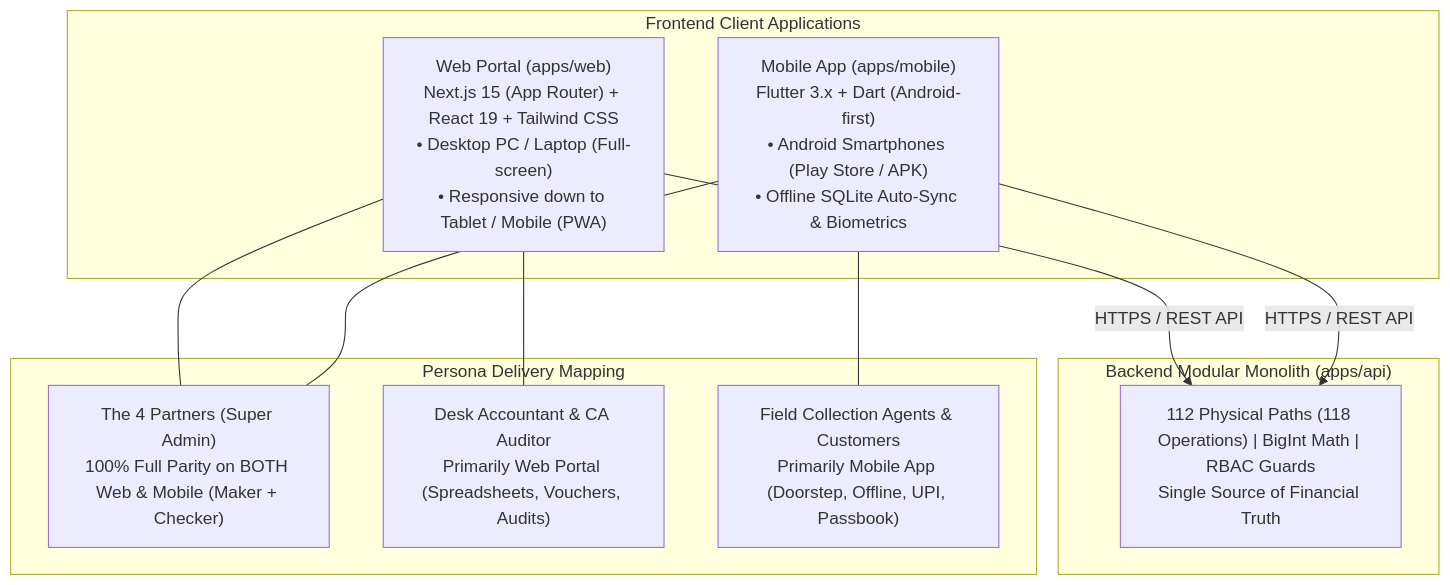
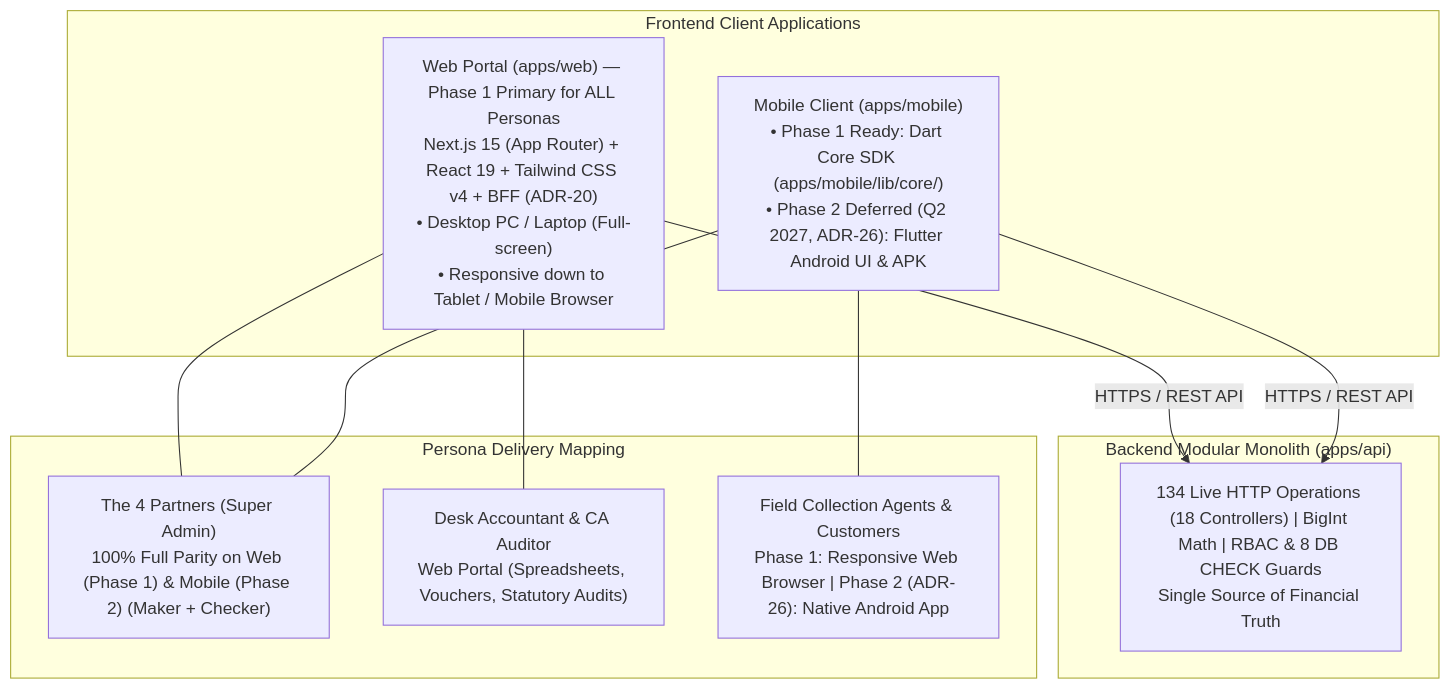
The first of 3 diagrams in docs/03-architecture/frontend-architecture.md (Kathir-24/Kumaran-finance), drawn with Mermaid before and after one commit. The commit also changed other lines of this file and 4 other files, not shown here.

````diff
--- a/docs/03-architecture/frontend-architecture.md
+++ b/docs/03-architecture/frontend-architecture.md
@@ -20,25 +20,25 @@
 ```mermaid
 flowchart TD
     subgraph Clients["Frontend Client Applications"]
-        Web["Web Portal (apps/web)\nNext.js 15 (App Router) + React 19 + Tailwind CSS\n• Desktop PC / Laptop (Full-screen)\n• Responsive down to Tablet / Mobile (PWA)"]
-        Mobile["Mobile App (apps/mobile)\nFlutter 3.x + Dart (Android-first)\n• Android Smartphones (Play Store / APK)\n• Offline SQLite Auto-Sync & Biometrics"]
+        Web["Web Portal (apps/web) — Phase 1 Primary for ALL Personas\nNext.js 15 (App Router) + React 19 + Tailwind CSS v4 + BFF (ADR-20)\n• Desktop PC / Laptop (Full-screen)\n• Responsive down to Tablet / Mobile Browser"]
+        Mobile["Mobile Client (apps/mobile)\n• Phase 1 Ready: Dart Core SDK (apps/mobile/lib/core/)\n• Phase 2 Deferred (Q2 2027, ADR-26): Flutter Android UI & APK"]
     end
 
     subgraph API["Backend Modular Monolith (apps/api)"]
-        Nest["112 Physical Paths (118 Operations) | BigInt Math | RBAC Guards\nSingle Source of Financial Truth"]
+        Nest["134 Live HTTP Operations (18 Controllers) | BigInt Math | RBAC & 8 DB CHECK Guards\nSingle Source of Financial Truth"]
     end
 
     subgraph Personas["Persona Delivery Mapping"]
-        P_Partner["The 4 Partners (Super Admin)\n100% Full Parity on BOTH Web & Mobile (Maker + Checker)"]
-        P_Desk["Desk Accountant & CA Auditor\nPrimarily Web Portal (Spreadsheets, Vouchers, Audits)"]
-        P_Field["Field Collection Agents & Customers\nPrimarily Mobile App (Doorstep, Offline, UPI, Passbook)"]
+        P_Partner["The 4 Partners (Super Admin)\n100% Full Parity on Web (Phase 1) & Mobile (Phase 2) (Maker + Checker)"]
+        P_Desk["Desk Accountant & CA Auditor\nWeb Portal (Spreadsheets, Vouchers, Statutory Audits)"]
+        P_Field["Field Collection Agents & Customers\nPhase 1: Responsive Web Browser | Phase 2 (ADR-26): Native Android App"]
     end
 
     Web -->|HTTPS / REST API| Nest
     Mobile -->|HTTPS / REST API| Nest
 
     Web --- P_Partner
     Web --- P_Desk
     Mobile --- P_Partner
     Mobile --- P_Field
 ```
````
